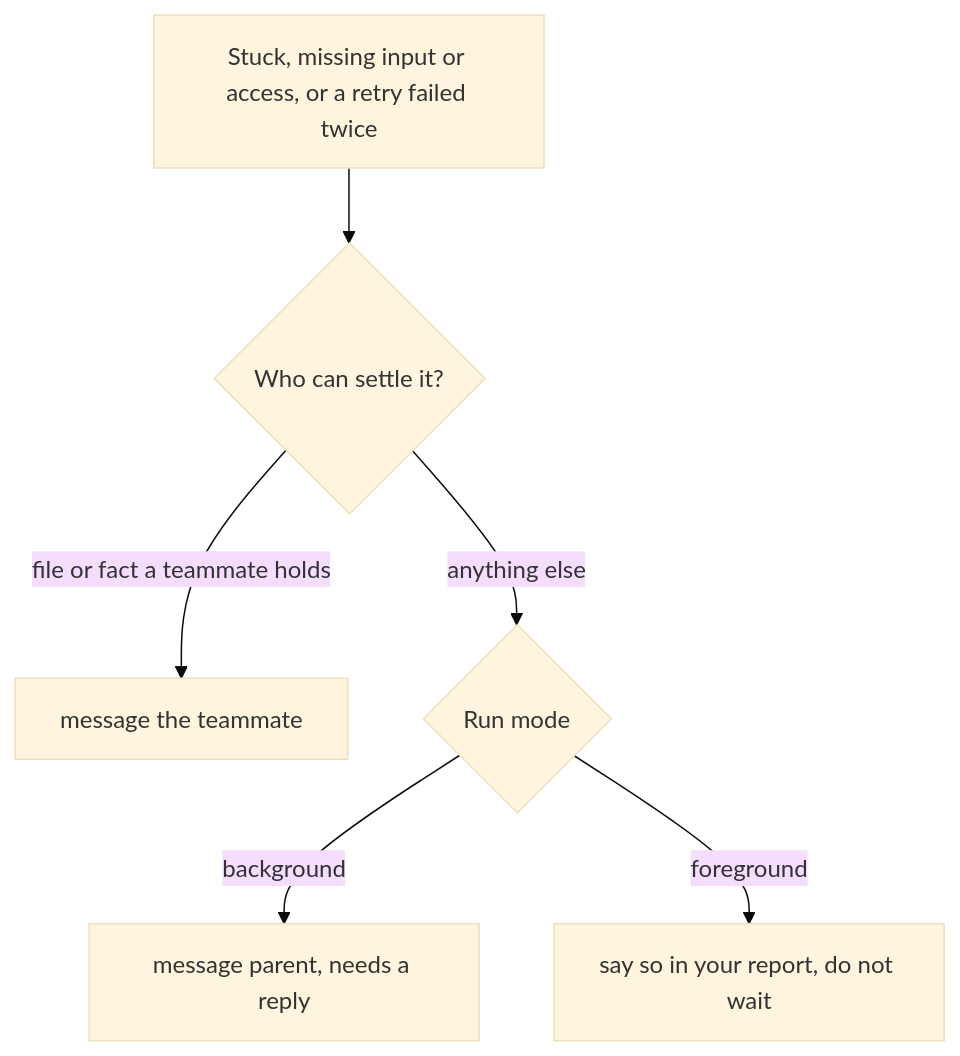
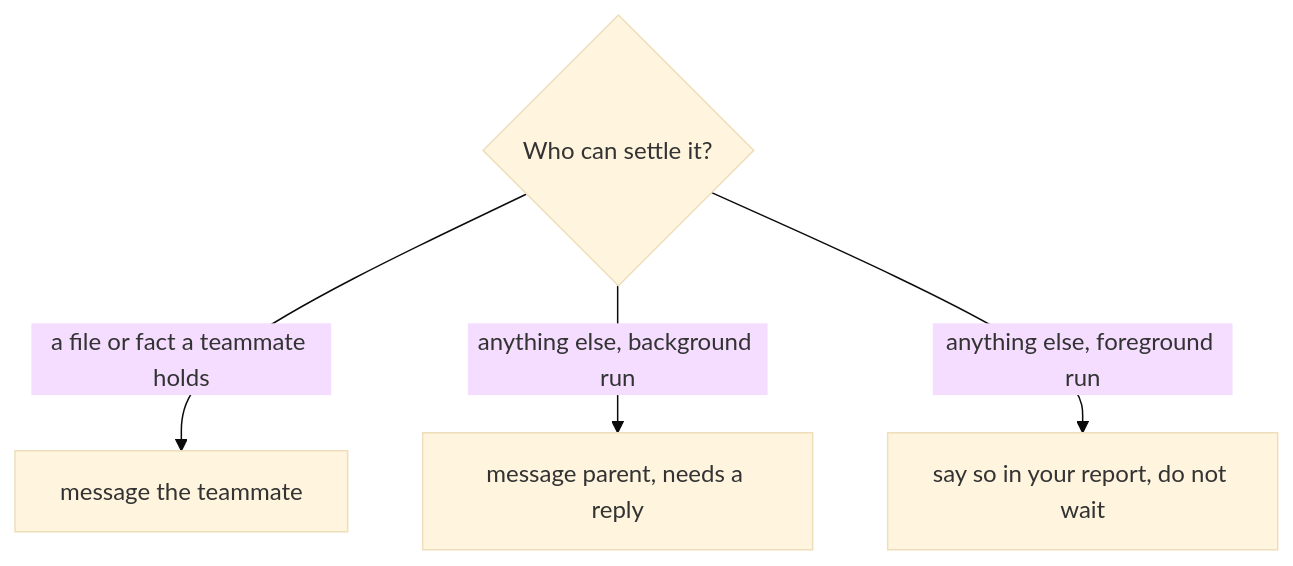
The diagram in packages/coding-agent/src/octocode/instructions/shared/ask-parent.md (bgauryy/octocode-coding-agent), drawn with Mermaid (base theme) before and after one commit. The commit also changed other lines of this file and 405 other files, not shown here.

````diff
--- a/packages/coding-agent/src/octocode/instructions/shared/ask-parent.md
+++ b/packages/coding-agent/src/octocode/instructions/shared/ask-parent.md
@@ -3,8 +3,6 @@
 ```mermaid
 graph TD
-  S[Stuck, missing input or access, or a retry failed twice] --> W{Who can settle it?}
-  W -->|file or fact a teammate holds| M[message the teammate]
-  W -->|anything else| R{Run mode}
-  R -->|background| B[message parent, needs a reply]
-  R -->|foreground| F[say so in your report, do not wait]
+  W{Who can settle it?} -->|a file or fact a teammate holds| M[message the teammate]
+  W -->|anything else, background run| B[message parent, needs a reply]
+  W -->|anything else, foreground run| F[say so in your report, do not wait]
 ```
````
